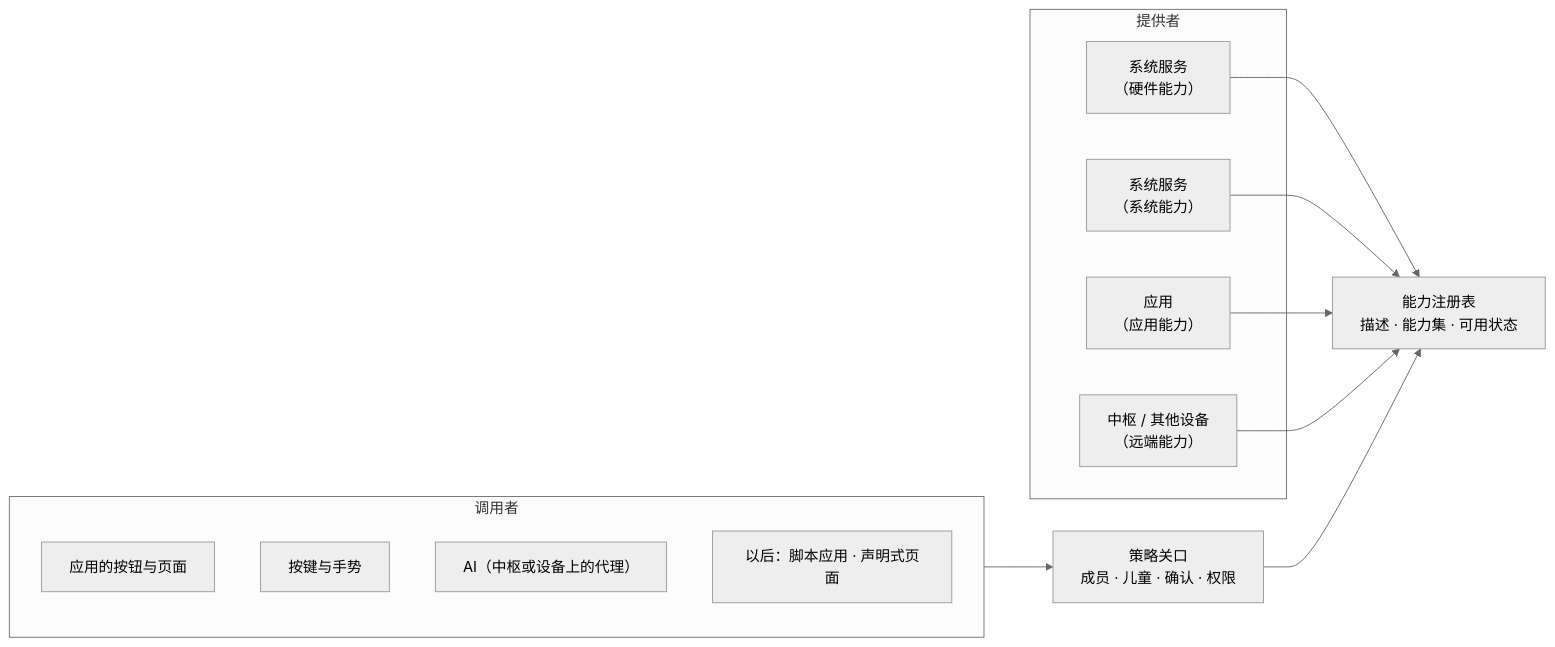
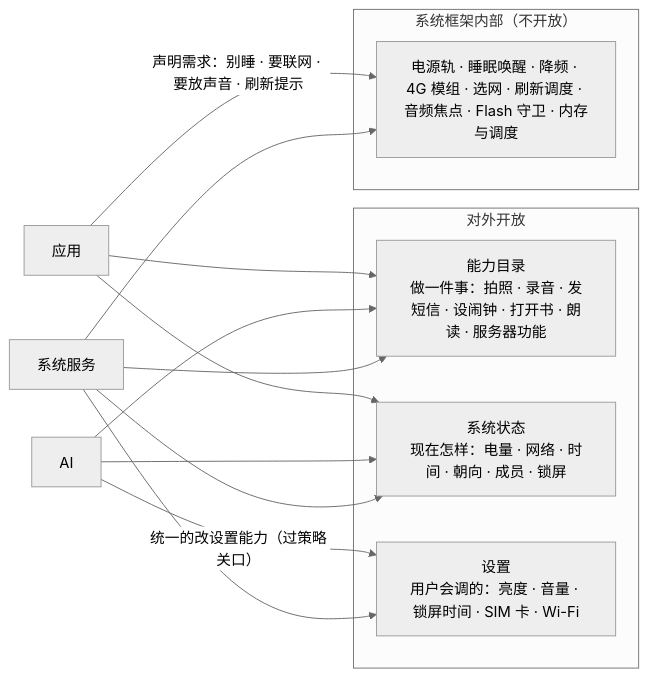
The second of 5 diagrams in docs/system/system-architecture.md (Gidean-zcx/ink), drawn with Mermaid (neutral theme) before and after one commit. The commit also changed other lines of this file and 3 other files, not shown here.

First line of the commit message:
docs: architecture v0.2.1, four kinds instead of capabilities for everything

````diff
--- a/docs/system/system-architecture.md
+++ b/docs/system/system-architecture.md
@@ -186,22 +145,21 @@
 ```mermaid
 flowchart LR
-  subgraph P["提供者"]
-    HW["系统服务<br/>（硬件能力）"]
-    SV["系统服务<br/>（系统能力）"]
-    AP["应用<br/>（应用能力）"]
-    RM["中枢 / 其他设备<br/>（远端能力）"]
+  subgraph OPEN["对外开放"]
+    CAP["能力目录<br/>做一件事：拍照 · 录音 · 发短信 · 设闹钟 · 打开书 · 朗读 · 服务器功能"]
+    ST["系统状态<br/>现在怎样：电量 · 网络 · 时间 · 朝向 · 成员 · 锁屏"]
+    SET["设置<br/>用户会调的：亮度 · 音量 · 锁屏时间 · SIM 卡 · Wi-Fi"]
   end
-  REG["能力注册表<br/>描述 · 能力集 · 可用状态"]
-  GATE["策略关口<br/>成员 · 儿童 · 确认 · 权限"]
-  subgraph C["调用者"]
-    UI["应用的按钮与页面"]
-    KEY["按键与手势"]
-    AI["AI（中枢或设备上的代理）"]
-    SCR["以后：脚本应用 · 声明式页面"]
+  subgraph INNER["系统框架内部（不开放）"]
+    MECH["电源轨 · 睡眠唤醒 · 降频 · 4G 模组 · 选网 · 刷新调度 · 音频焦点 · Flash 守卫 · 内存与调度"]
   end
-  HW --> REG
-  SV --> REG
-  AP --> REG
-  RM --> REG
-  C --> GATE --> REG
+  APPS["应用"] --> CAP
+  APPS --> ST
+  APPS -- "声明需求：别睡 · 要联网 · 要放声音 · 刷新提示" --> MECH
+  AIX["AI"] --> CAP
+  AIX --> ST
+  AIX -- "统一的改设置能力（过策略关口）" --> SET
+  SVC["系统服务"] --> CAP
+  SVC --> ST
+  SVC --> SET
+  SVC --> MECH
 ```
````
